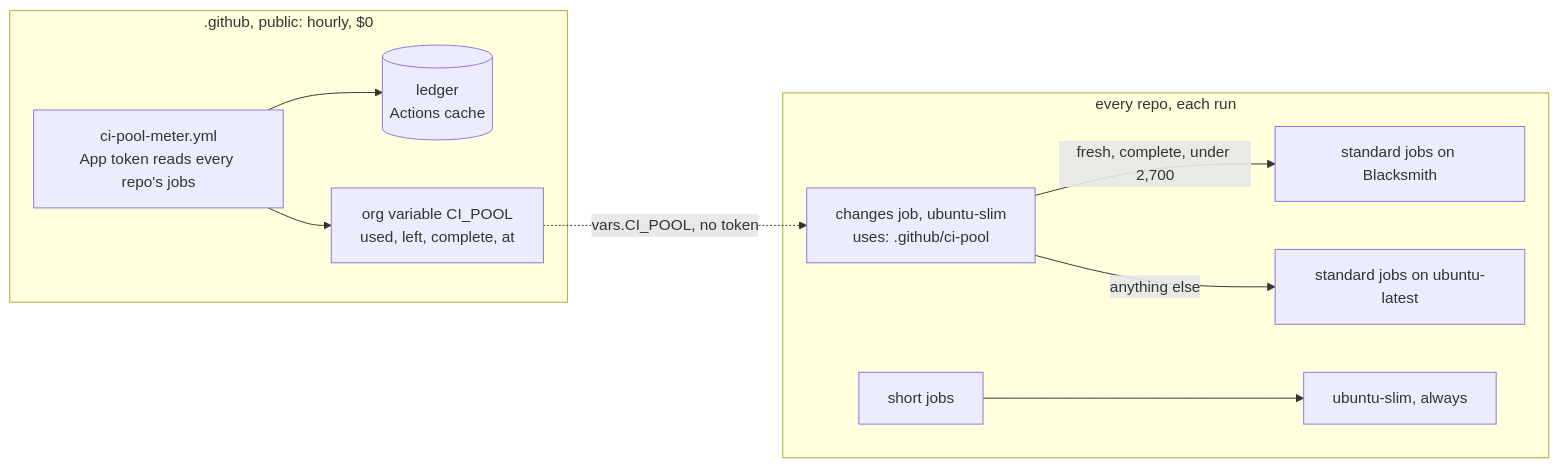
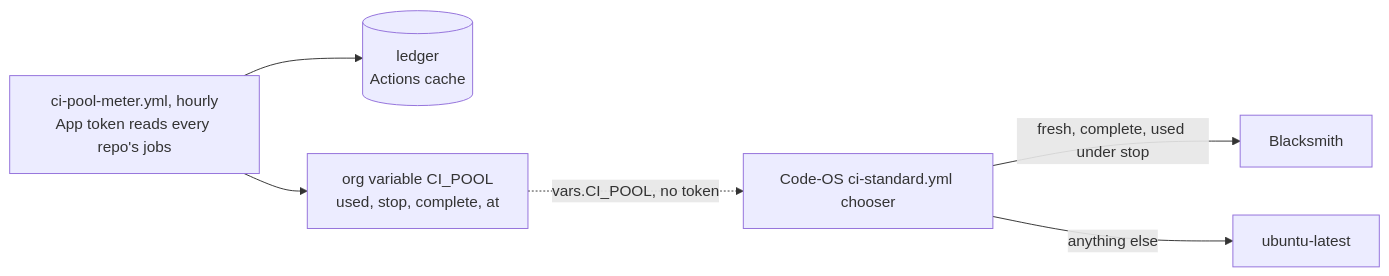
One commit to Colorado-Startups/.github changed the diagram in ci-pool/README.md. Above: the diagram before and after it, drawn with Mermaid. The commit also changed other lines of this file and 4 other files, not shown here.

First line of the commit message:
ci-pool meter: count every run, a stop that covers MAX_AGE, meter only

````diff
--- a/ci-pool/README.md
+++ b/ci-pool/README.md
@@ -7,13 +9,8 @@
 ```mermaid
 flowchart LR
-  subgraph G[".github, public: hourly, $0"]
-    M["ci-pool-meter.yml<br/>App token reads every repo's jobs"] --> L[("ledger<br/>Actions cache")]
-    M --> V["org variable CI_POOL<br/>used, left, complete, at"]
-  end
-  subgraph R["every repo, each run"]
-    C["changes job, ubuntu-slim<br/>uses: .github/ci-pool"] -->|"fresh, complete, under 2,700"| B["standard jobs on Blacksmith"]
-    C -->|"anything else"| H["standard jobs on ubuntu-latest"]
-    S["short jobs"] --> SL["ubuntu-slim, always"]
-  end
-  V -.->|"vars.CI_POOL, no token"| C
+  M["ci-pool-meter.yml, hourly<br/>App token reads every repo's jobs"] --> L[("ledger<br/>Actions cache")]
+  M --> V["org variable CI_POOL<br/>used, stop, complete, at"]
+  V -.->|"vars.CI_POOL, no token"| C["Code-OS ci-standard.yml chooser"]
+  C -->|"fresh, complete, used under stop"| B["Blacksmith"]
+  C -->|"anything else"| H["ubuntu-latest"]
 ```
````
